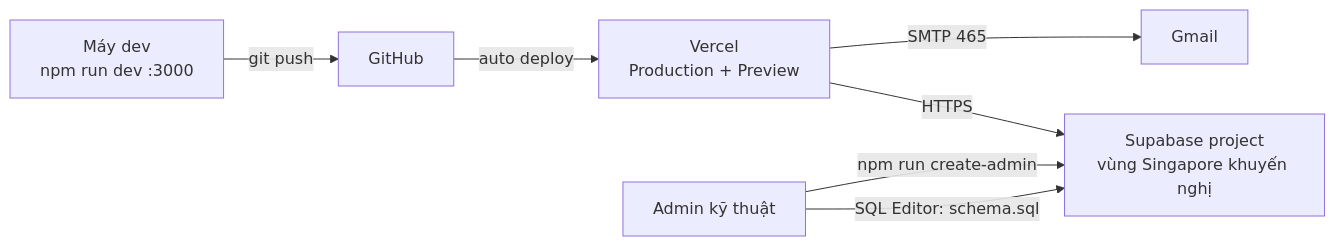
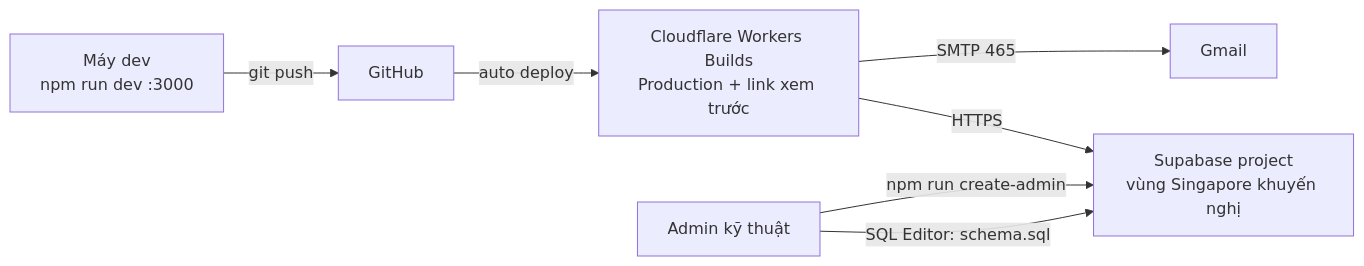
The sixth of 6 diagrams in web design structure/03-architecture/system-architecture.md (dgquan1001/course-platform), drawn with Mermaid before and after one commit. The commit also changed other lines of this file and 69 other files, not shown here.

First line of the commit message:
feat: Đợt 17 P0–P2 – Next 15, chạy trên Cloudflare Workers (OpenNext), E2E Node 99/99, Workers 100/100

````diff
--- a/web design structure/03-architecture/system-architecture.md
+++ b/web design structure/03-architecture/system-architecture.md
@@ -200,9 +199,9 @@
 ```mermaid
 flowchart LR
   dev[Máy dev<br/>npm run dev :3000] -->|git push| gh[GitHub]
-  gh -->|auto deploy| vc[Vercel<br/>Production + Preview]
+  gh -->|auto deploy| vc[Cloudflare Workers Builds<br/>Production + link xem trước]
   vc -->|HTTPS| sp[Supabase project<br/>vùng Singapore khuyến nghị]
   vc -->|SMTP 465| gm[Gmail]
   op[Admin kỹ thuật] -->|SQL Editor: schema.sql| sp
   op -->|npm run create-admin| sp
 ```
````
